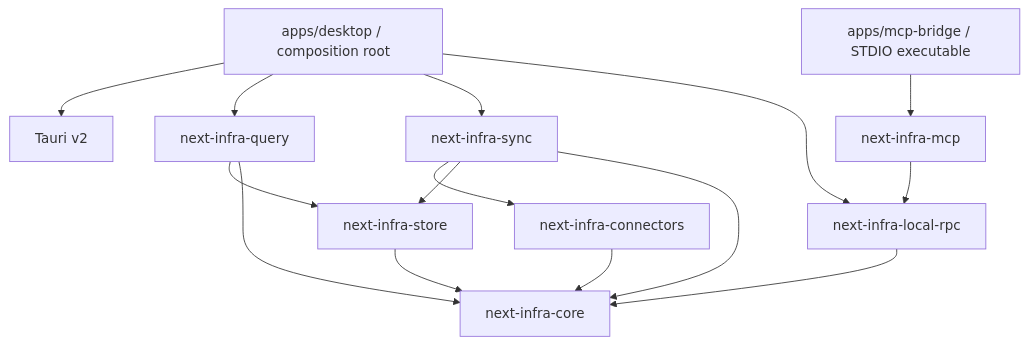
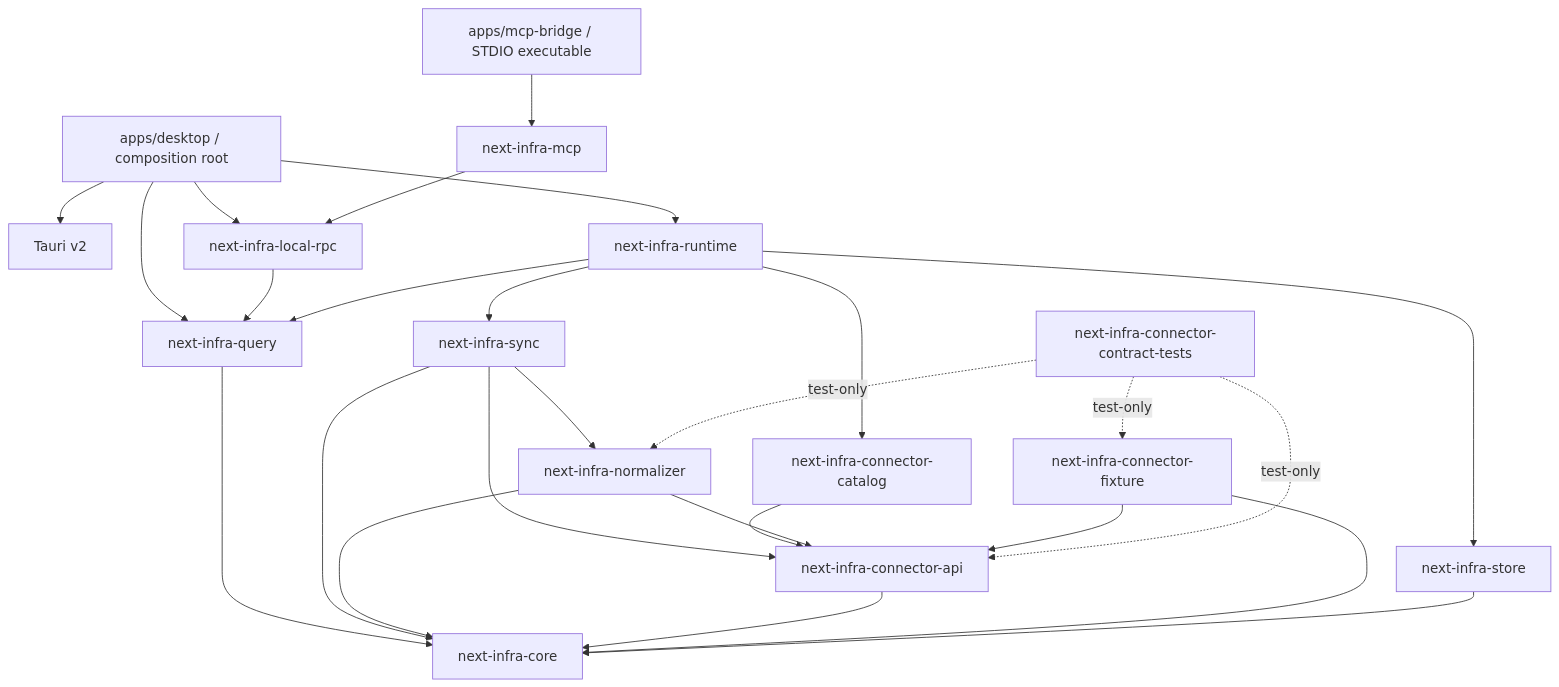
The seventh of 7 diagrams in docs/design/architecture-diagrams.md (sunny0826/next-infra), drawn with Mermaid before and after one commit. The commit also changed other lines of this file and 14 other files, not shown here.

````diff
--- a/docs/design/architecture-diagrams.md
+++ b/docs/design/architecture-diagrams.md
@@ -296,28 +298,44 @@
 ```mermaid
 flowchart TD
     DesktopApp["apps/desktop / composition root"]
     BridgeApp["apps/mcp-bridge / STDIO executable"]
     Tauri["Tauri v2"]
     MCPLogic["next-infra-mcp"]
     LocalRPC["next-infra-local-rpc"]
     Query["next-infra-query"]
+    Runtime["next-infra-runtime"]
     Sync["next-infra-sync"]
-    Connectors["next-infra-connectors"]
+    Catalog["next-infra-connector-catalog"]
+    API["next-infra-connector-api"]
+    Normalizer["next-infra-normalizer"]
+    Fixture["next-infra-connector-fixture"]
+    ContractTests["next-infra-connector-contract-tests"]
     Store["next-infra-store"]
     Core["next-infra-core"]
 
     DesktopApp --> Tauri
+    DesktopApp --> Runtime
     DesktopApp --> Query
-    DesktopApp --> Sync
     DesktopApp --> LocalRPC
     BridgeApp --> MCPLogic
     MCPLogic --> LocalRPC
-    LocalRPC --> Core
-    Query --> Store
+    LocalRPC --> Query
+    Runtime --> Store
+    Runtime --> Sync
+    Runtime --> Query
+    Runtime --> Catalog
     Query --> Core
-    Sync --> Connectors
-    Sync --> Store
     Sync --> Core
-    Connectors --> Core
+    Sync --> API
+    Sync --> Normalizer
+    Catalog --> API
+    Normalizer --> API
+    Normalizer --> Core
+    API --> Core
+    Fixture --> API
+    Fixture --> Core
+    ContractTests -. test-only .-> API
+    ContractTests -. test-only .-> Fixture
+    ContractTests -. test-only .-> Normalizer
     Store --> Core
 ```
````
